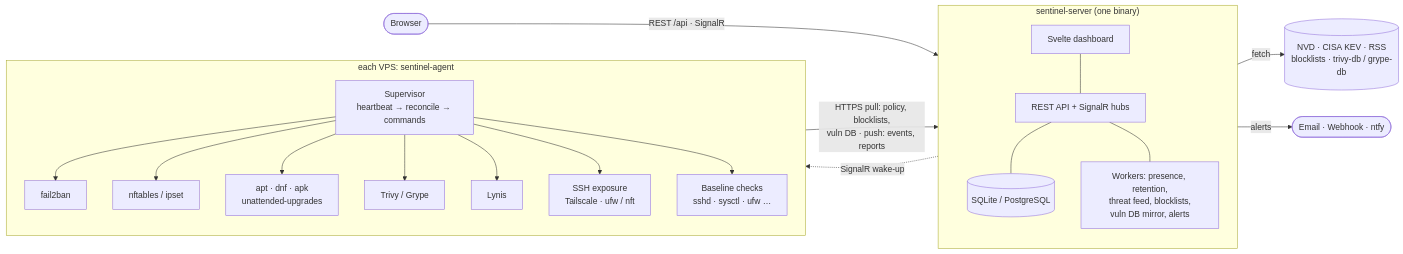
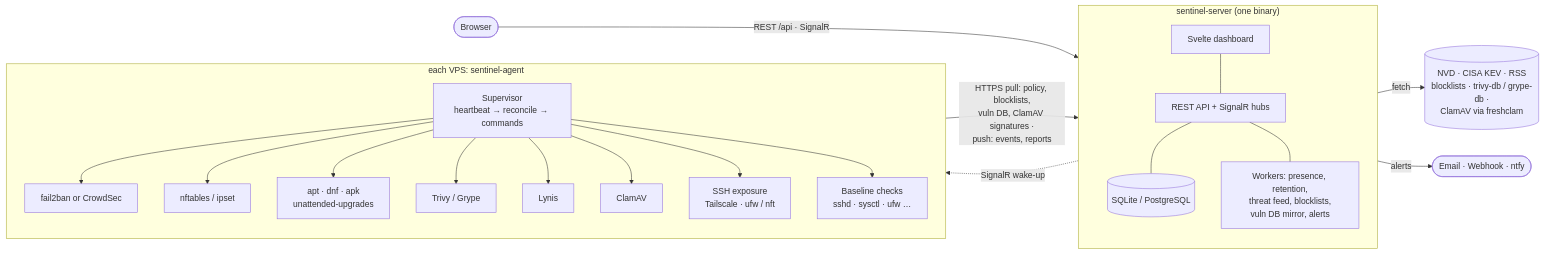
Before and after one commit to nor0x/Alastor: the first of 3 diagrams in README.md, drawn with Mermaid. The commit also changed other lines of this file and 59 other files, not shown here.

First line of the commit message:
Add opt-in CrowdSec and ClamAV, Docker image and compose

````diff
--- a/README.md
+++ b/README.md
@@ -32,28 +33,29 @@
 ```mermaid
 flowchart LR
     browser([Browser]) -- "REST /api · SignalR" --> server
 
     subgraph server["sentinel-server (one binary)"]
         direction TB
         spa[Svelte dashboard] --- api[REST API + SignalR hubs]
         api --- db[(SQLite / PostgreSQL)]
         api --- workers[Workers: presence, retention,<br/>threat feed, blocklists,<br/>vuln DB mirror, alerts]
     end
 
     subgraph host["each VPS: sentinel-agent"]
         direction TB
         sup[Supervisor<br/>heartbeat → reconcile → commands]
-        sup --> f2b[fail2ban]
+        sup --> f2b[fail2ban or CrowdSec]
         sup --> nft[nftables / ipset]
         sup --> pkg[apt · dnf · apk<br/>unattended-upgrades]
         sup --> scan[Trivy / Grype]
         sup --> lynis[Lynis]
+        sup --> clam[ClamAV]
         sup --> net[SSH exposure<br/>Tailscale · ufw / nft]
         sup --> base[Baseline checks<br/>sshd · sysctl · ufw …]
     end
 
-    host -- "HTTPS pull: policy, blocklists,<br/>vuln DB · push: events, reports" --> server
+    host -- "HTTPS pull: policy, blocklists,<br/>vuln DB, ClamAV signatures ·<br/>push: events, reports" --> server
     server -. "SignalR wake-up" .-> host
-    workers -- fetch --> internet[(NVD · CISA KEV · RSS<br/>blocklists · trivy-db / grype-db)]
+    workers -- fetch --> internet[(NVD · CISA KEV · RSS<br/>blocklists · trivy-db / grype-db ·<br/>ClamAV via freshclam)]
     workers -- alerts --> channels([Email · Webhook · ntfy])
 ```
````
